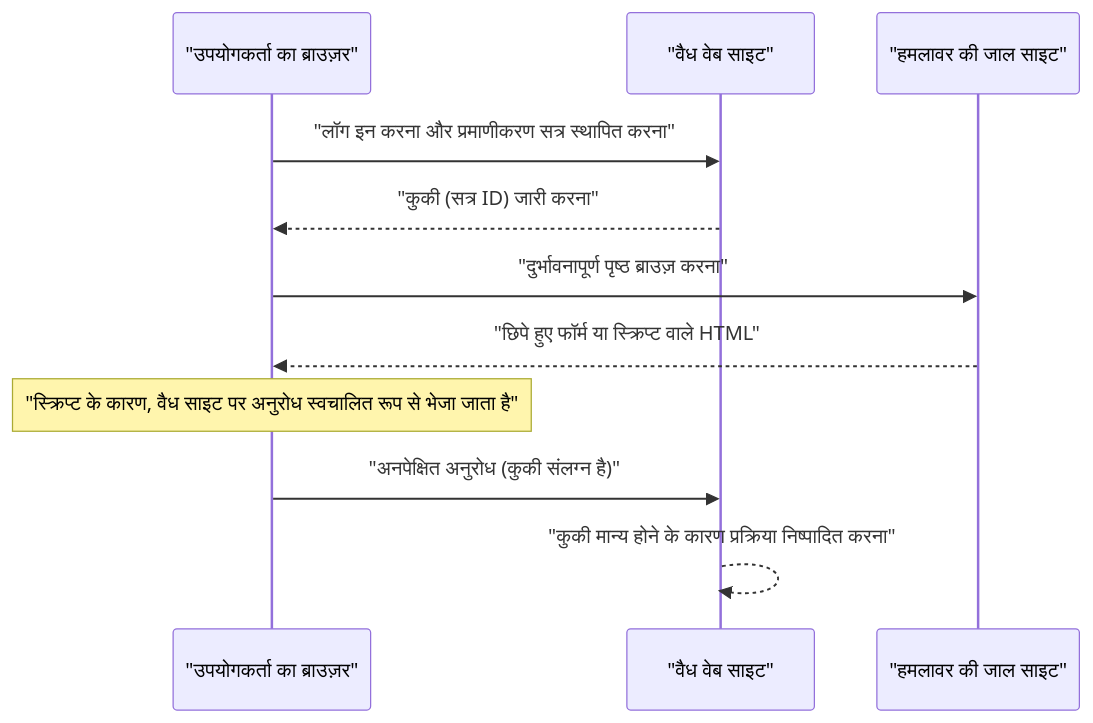
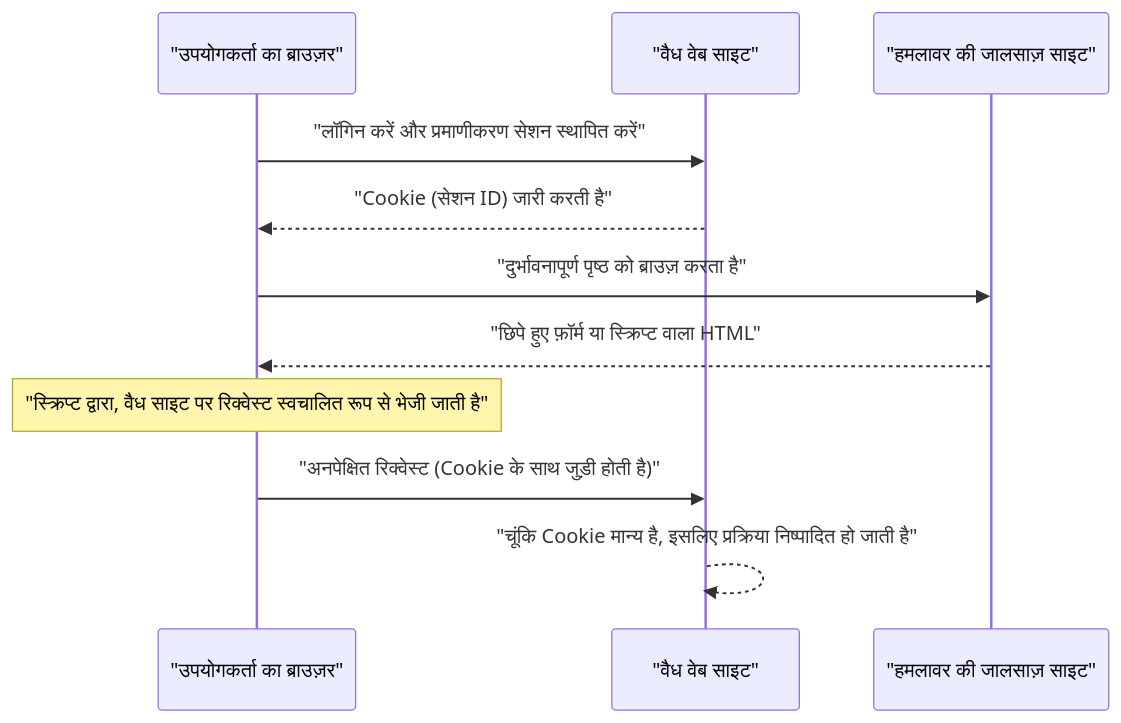
One commit to kenjinote/blog changed the second of 2 diagrams in content/post/web-application-vulnerability-owasp-top-10/index.hi.md. Above: the diagram before and after it, drawn with Mermaid. The commit also changed other lines of this file and 12 other files, not shown here.

````diff
--- a/content/post/web-application-vulnerability-owasp-top-10/index.hi.md
+++ b/content/post/web-application-vulnerability-owasp-top-10/index.hi.md
@@ -232,16 +232,16 @@
 ```mermaid
 sequenceDiagram
     participant "उपयोगकर्ता का ब्राउज़र"
     participant "वैध वेब साइट"
-    participant "हमलावर की जाल साइट"
+    participant "हमलावर की जालसाज़ साइट"
 
-    "उपयोगकर्ता का ब्राउज़र"->>"वैध वेब साइट": "लॉग इन करना और प्रमाणीकरण सत्र स्थापित करना"
-    "वैध वेब साइट"-->>"उपयोगकर्ता का ब्राउज़र": "कुकी (सत्र ID) जारी करना"
+    "उपयोगकर्ता का ब्राउज़र"->>"वैध वेब साइट": "लॉगिन करें और प्रमाणीकरण सेशन स्थापित करें"
+    "वैध वेब साइट"-->>"उपयोगकर्ता का ब्राउज़र": "Cookie (सेशन ID) जारी करती है"
     
-    "उपयोगकर्ता का ब्राउज़र"->>"हमलावर की जाल साइट": "दुर्भावनापूर्ण पृष्ठ ब्राउज़ करना"
-    "हमलावर की जाल साइट"-->>"उपयोगकर्ता का ब्राउज़र": "छिपे हुए फॉर्म या स्क्रिप्ट वाले HTML"
+    "उपयोगकर्ता का ब्राउज़र"->>"हमलावर की जालसाज़ साइट": "दुर्भावनापूर्ण पृष्ठ को ब्राउज़ करता है"
+    "हमलावर की जालसाज़ साइट"-->>"उपयोगकर्ता का ब्राउज़र": "छिपे हुए फ़ॉर्म या स्क्रिप्ट वाला HTML"
     
-    Note over "उपयोगकर्ता का ब्राउज़र": "स्क्रिप्ट के कारण, वैध साइट पर अनुरोध स्वचालित रूप से भेजा जाता है"
-    "उपयोगकर्ता का ब्राउज़र"->>"वैध वेब साइट": "अनपेक्षित अनुरोध (कुकी संलग्न है)"
-    "वैध वेब साइट"-->>"वैध वेब साइट": "कुकी मान्य होने के कारण प्रक्रिया निष्पादित करना"
+    Note over "उपयोगकर्ता का ब्राउज़र": "स्क्रिप्ट द्वारा, वैध साइट पर रिक्वेस्ट स्वचालित रूप से भेजी जाती है"
+    "उपयोगकर्ता का ब्राउज़र"->>"वैध वेब साइट": "अनपेक्षित रिक्वेस्ट (Cookie के साथ जुड़ी होती है)"
+    "वैध वेब साइट"-->>"वैध वेब साइट": "चूंकि Cookie मान्य है, इसलिए प्रक्रिया निष्पादित हो जाती है"
 ```
````
